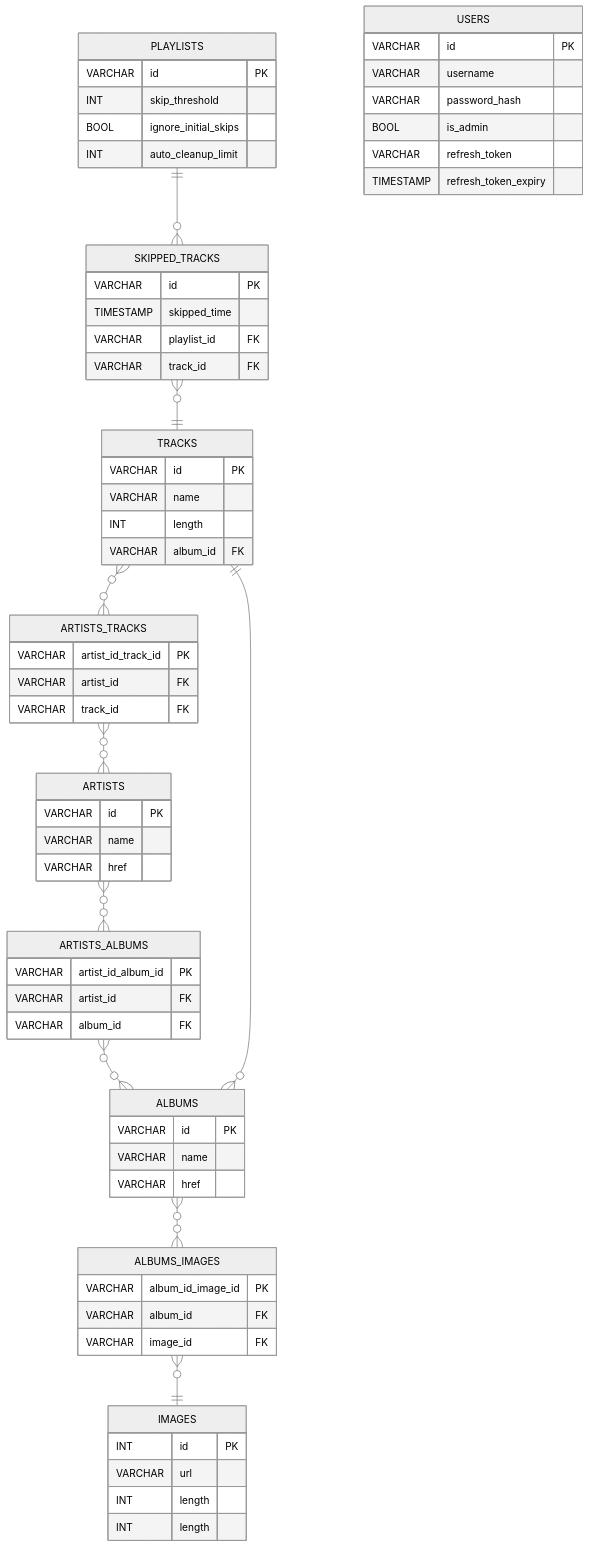
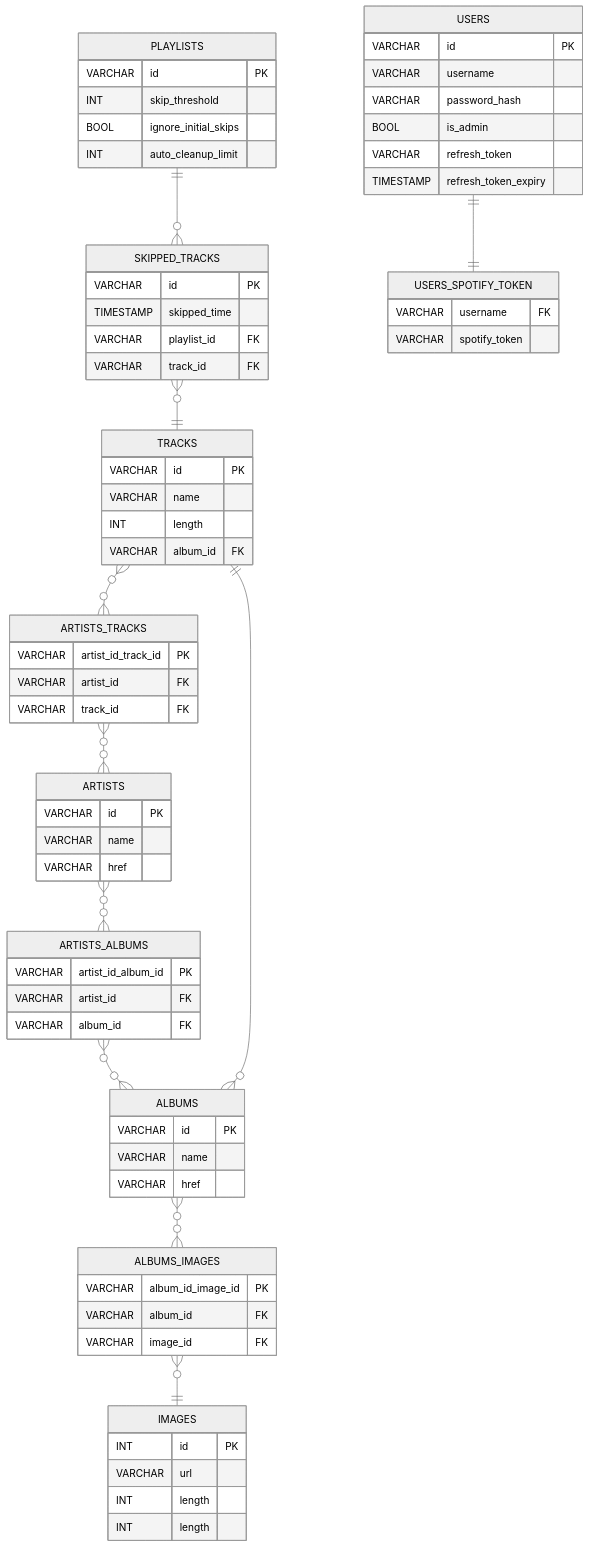
The diagram in docs/entity-relationship-diagram.md (paulmccarron/spotify-playlist-janitor), drawn with Mermaid before and after one commit. The commit also changed 17 other files, not shown here.

First line of the commit message:
Added database methods to add/retrieve spotify tokens to app database. Added these methods to DatabaseUserService Added event listener to Spotify Client TokenRefreshed event to add new token response to database Added database table Updated EF models and code Updated ERD

````diff
--- a/docs/entity-relationship-diagram.md
+++ b/docs/entity-relationship-diagram.md
@@ -14,6 +14,7 @@
     TRACKS ||--o{ ALBUMS : ""
     ALBUMS }o--o{ ALBUMS_IMAGES : ""
     ALBUMS_IMAGES }o--|| IMAGES : ""
+    USERS ||--|| USERS_SPOTIFY_TOKEN : ""
 
     PLAYLISTS {
         VARCHAR id PK
@@ -81,4 +82,9 @@
         VARCHAR refresh_token
         TIMESTAMP refresh_token_expiry
     }
+    
+    USERS_SPOTIFY_TOKEN {
+        VARCHAR username FK
+        VARCHAR spotify_token
+    }
 ```
````
